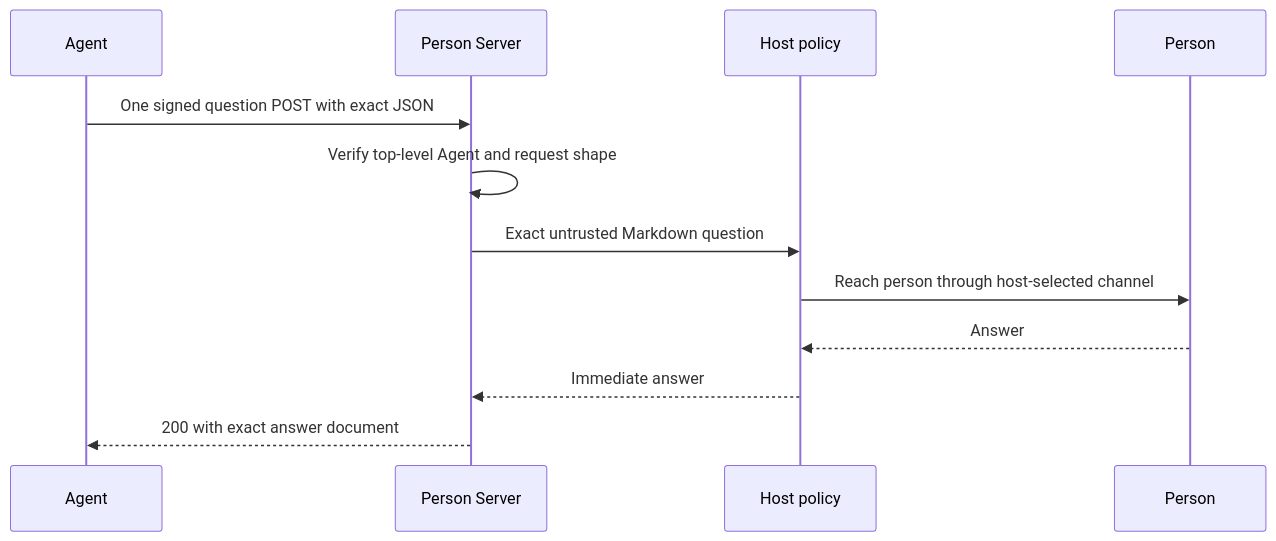
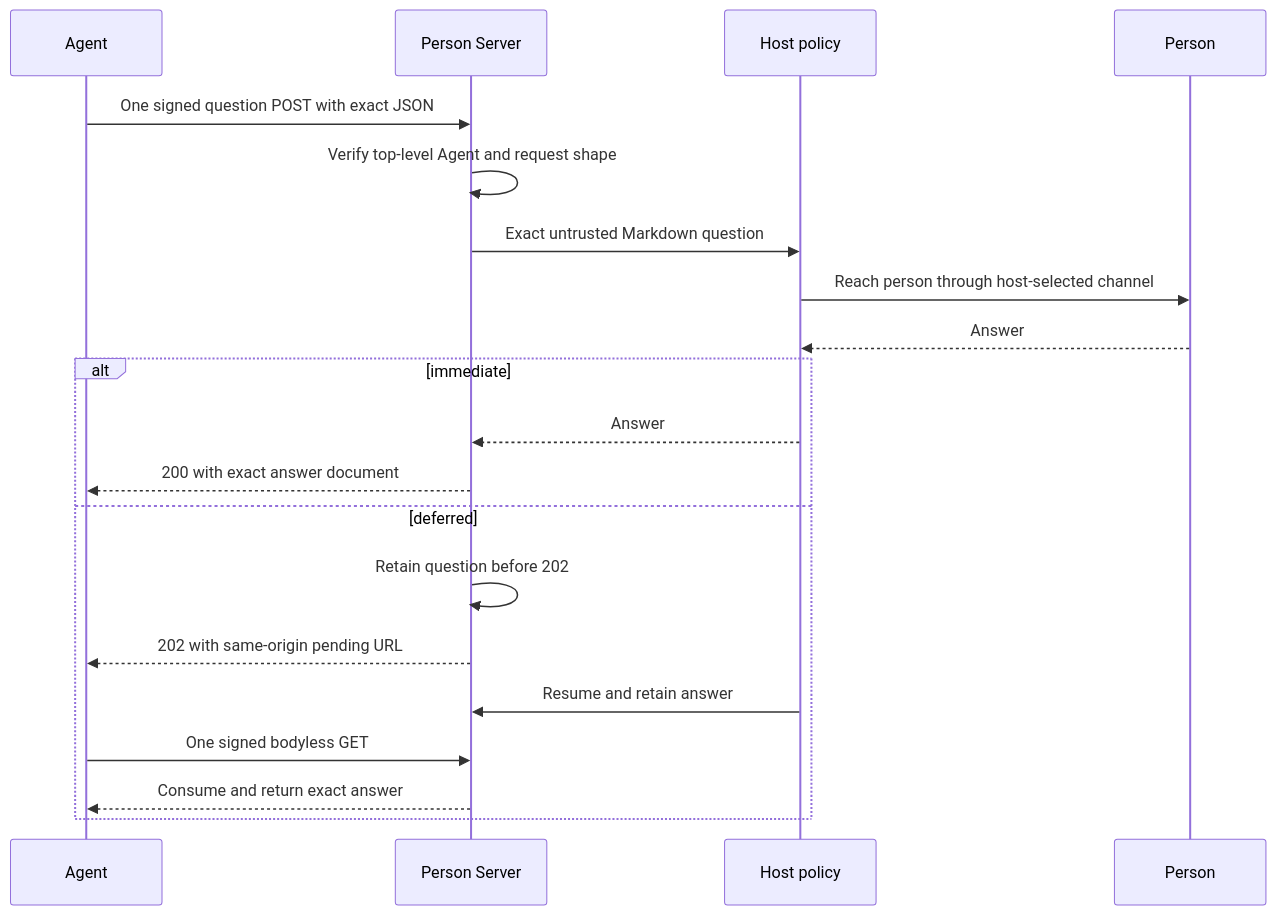
The fifth of 7 diagrams in PROTOCOL.md (sidecat-dev/aauth-go), drawn with Mermaid before and after one commit. The commit also changed other lines of this file and 18 other files, not shown here.

````diff
--- a/PROTOCOL.md
+++ b/PROTOCOL.md
@@ -259,14 +259,22 @@
 ```mermaid
 sequenceDiagram
     participant A as Agent
     participant PS as Person Server
     participant Host as Host policy
     participant P as Person
     A->>PS: One signed question POST with exact JSON
     PS->>PS: Verify top-level Agent and request shape
     PS->>Host: Exact untrusted Markdown question
     Host->>P: Reach person through host-selected channel
     P-->>Host: Answer
-    Host-->>PS: Immediate answer
-    PS-->>A: 200 with exact answer document
+    alt immediate
+        Host-->>PS: Answer
+        PS-->>A: 200 with exact answer document
+    else deferred
+        PS->>PS: Retain question before 202
+        PS-->>A: 202 with same-origin pending URL
+        Host->>PS: Resume and retain answer
+        A->>PS: One signed bodyless GET
+        PS-->>A: Consume and return exact answer
+    end
 ```
````
